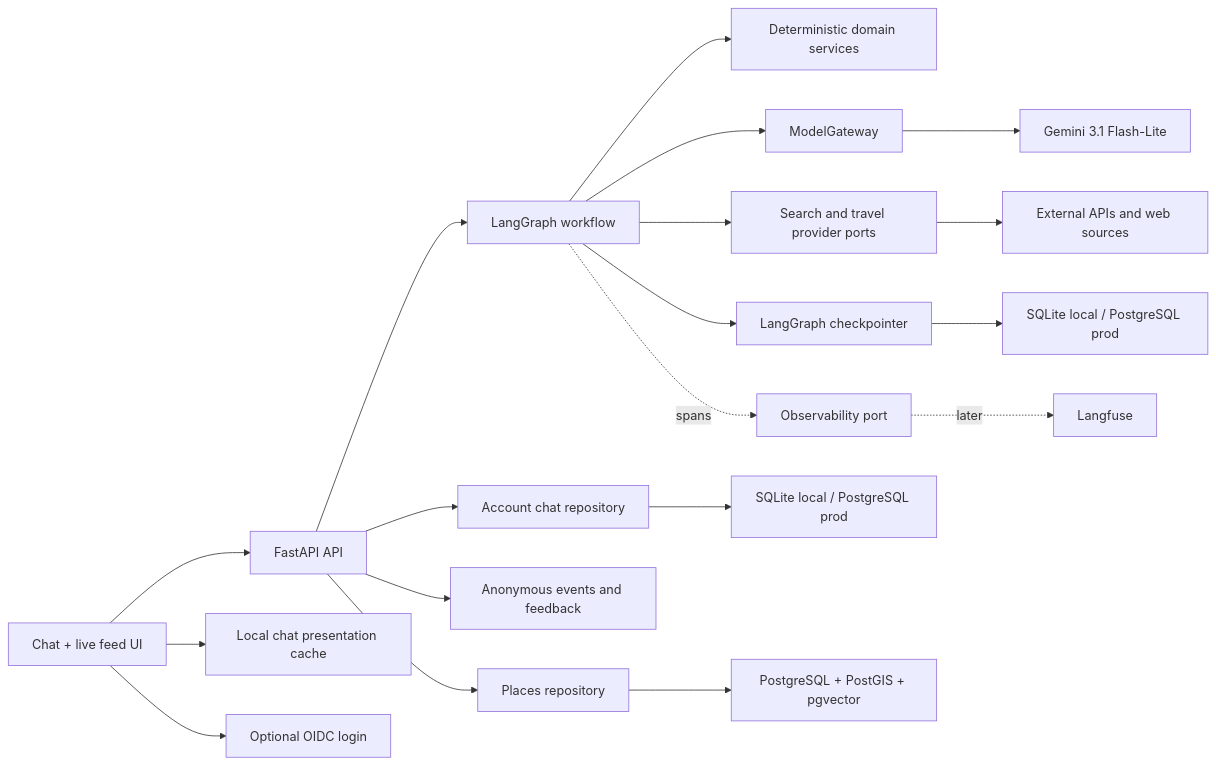
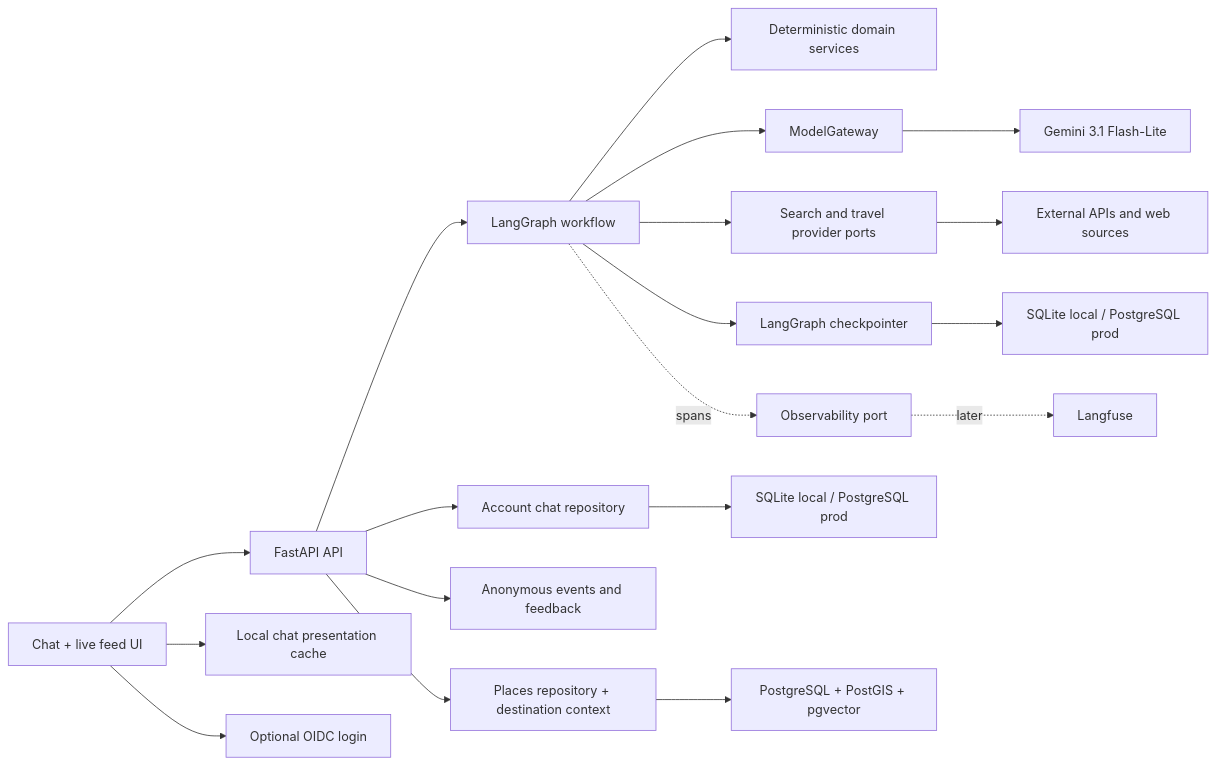
One commit to yaroslavlikh/travel-helper changed the first of 2 diagrams in docs/architecture.md. Above: the diagram before and after it, drawn with Mermaid. The commit also changed other lines of this file and 15 other files, not shown here.

Commit message:
feat(places): harden Istanbul POI context and retrieval

````diff
--- a/docs/architecture.md
+++ b/docs/architecture.md
@@ -9,21 +9,21 @@
 ```mermaid
 flowchart LR
     UI["Chat + live feed UI"] --> API["FastAPI API"]
     UI --> LOCAL["Local chat presentation cache"]
     UI --> AUTH["Optional OIDC login"]
     API --> GRAPH["LangGraph workflow"]
     API --> ACCOUNTS["Account chat repository"]
     GRAPH --> DOMAIN["Deterministic domain services"]
     GRAPH --> AI["ModelGateway"]
     GRAPH --> PROVIDERS["Search and travel provider ports"]
     GRAPH --> CP["LangGraph checkpointer"]
     API --> EVENTS["Anonymous events and feedback"]
-    API --> PLACES["Places repository"]
+    API --> PLACES["Places repository + destination context"]
     GRAPH -. spans .-> OBS["Observability port"]
     AI --> LLM["Gemini 3.1 Flash-Lite"]
     PROVIDERS --> WEB["External APIs and web sources"]
     CP --> DB["SQLite local / PostgreSQL prod"]
     ACCOUNTS --> ADB["SQLite local / PostgreSQL prod"]
     PLACES --> PG["PostgreSQL + PostGIS + pgvector"]
     OBS -. later .-> LF["Langfuse"]
 ```
````
